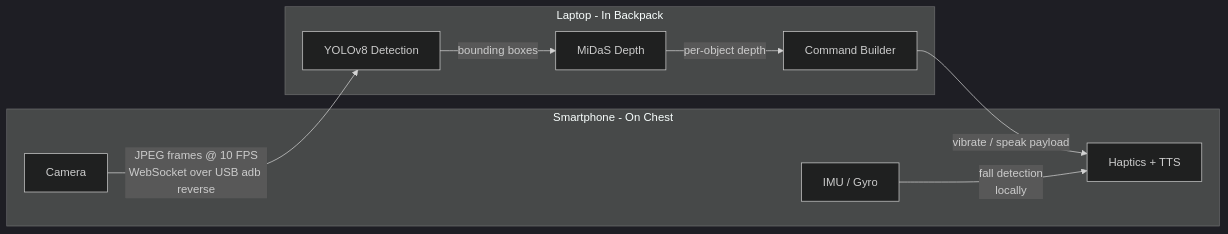
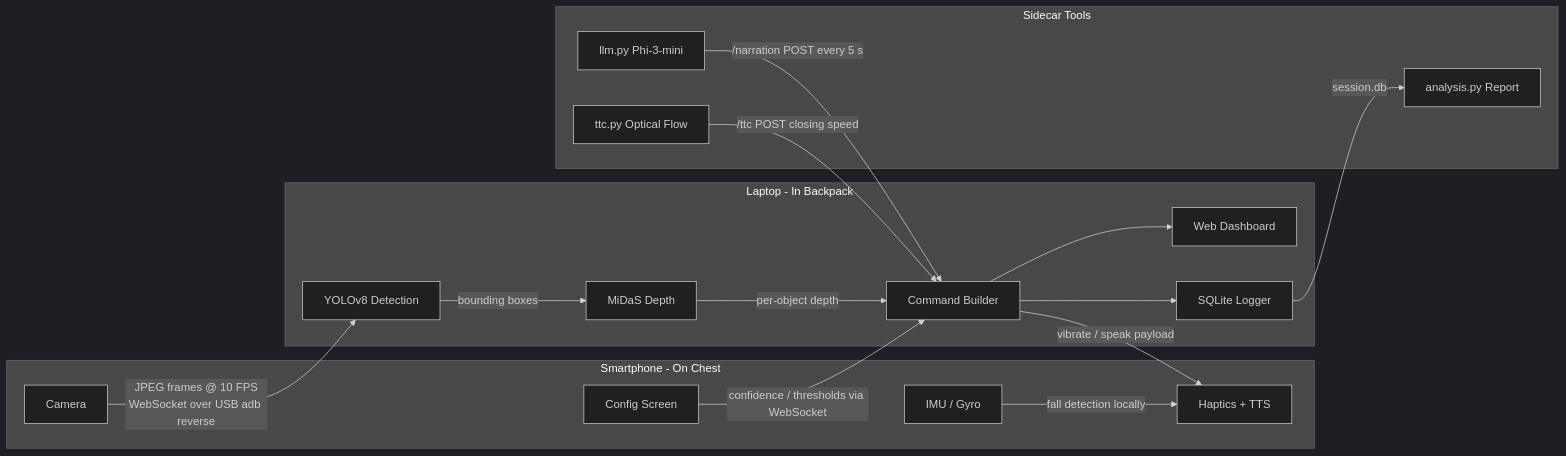
The diagram in README.md (waitasecant/nav-assist), drawn with Mermaid (dark theme) before and after one commit. The commit also changed other lines of this file, not shown here.

First line of the commit message:
feat: enhance README with detailed system architecture and tools

````diff
--- a/README.md
+++ b/README.md
@@ -15,20 +13,35 @@
 ```mermaid
 graph LR
     subgraph Phone [Smartphone - On Chest]
         CAM[Camera]
         IMU[IMU / Gyro]
         FB[Haptics + TTS]
+        CFG[Config Screen]
     end
 
     subgraph PC [Laptop - In Backpack]
         YOLO[YOLOv8 Detection]
         MIDAS[MiDaS Depth]
         CMD[Command Builder]
+        DASH[Web Dashboard]
+        LOG[SQLite Logger]
+    end
+
+    subgraph Tools [Sidecar Tools]
+        LLM[llm.py Phi-3-mini]
+        TTC[ttc.py Optical Flow]
+        ANA[analysis.py Report]
     end
 
     CAM -->|JPEG frames @ 10 FPS\nWebSocket over USB adb reverse| YOLO
     YOLO -->|bounding boxes| MIDAS
     MIDAS -->|per-object depth| CMD
     CMD -->|vibrate / speak payload| FB
-    IMU -->|fall detection\nlocally| FB
+    IMU -->|fall detection locally| FB
+    CFG -->|confidence / thresholds via WebSocket| CMD
+    CMD --> LOG
+    CMD --> DASH
+    LLM -->|/narration POST every 5 s| CMD
+    TTC -->|/ttc POST closing speed| CMD
+    LOG -->|session.db| ANA
 ```
````
